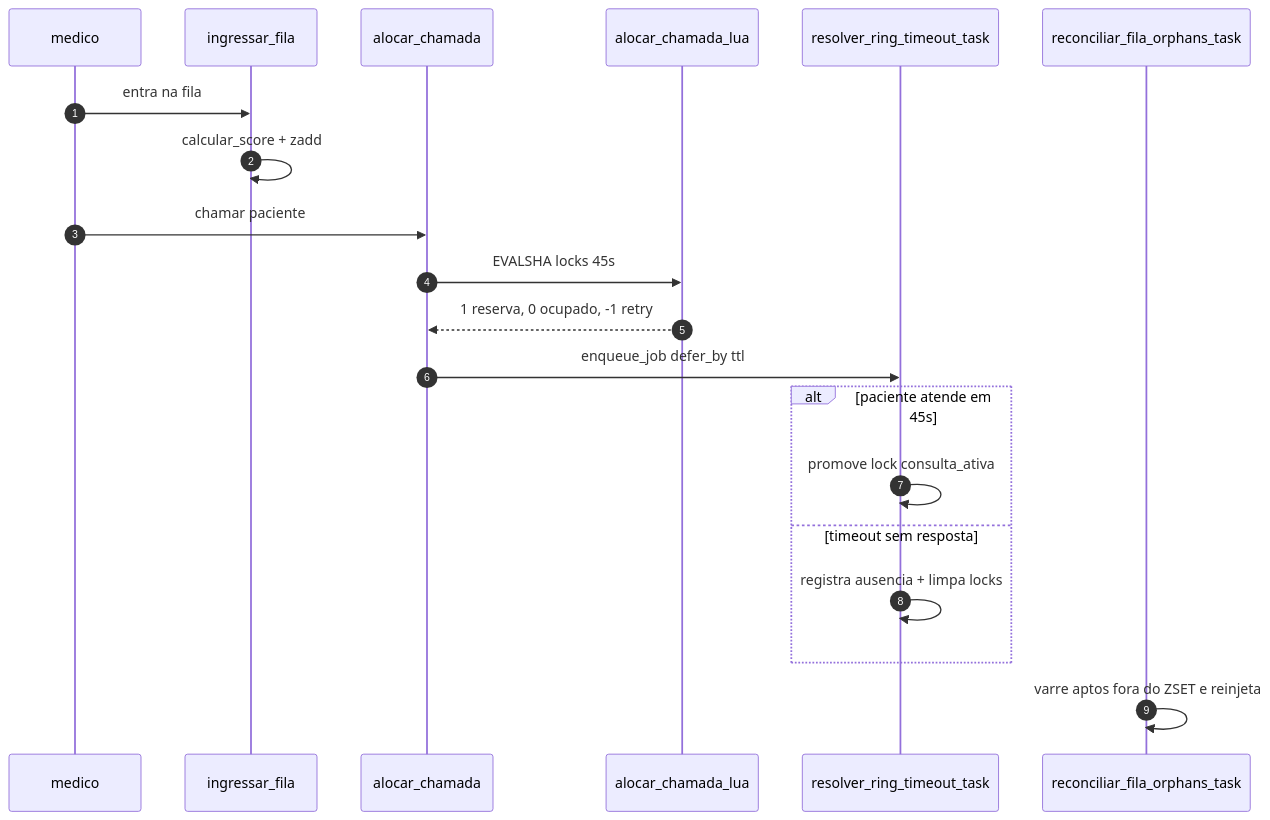
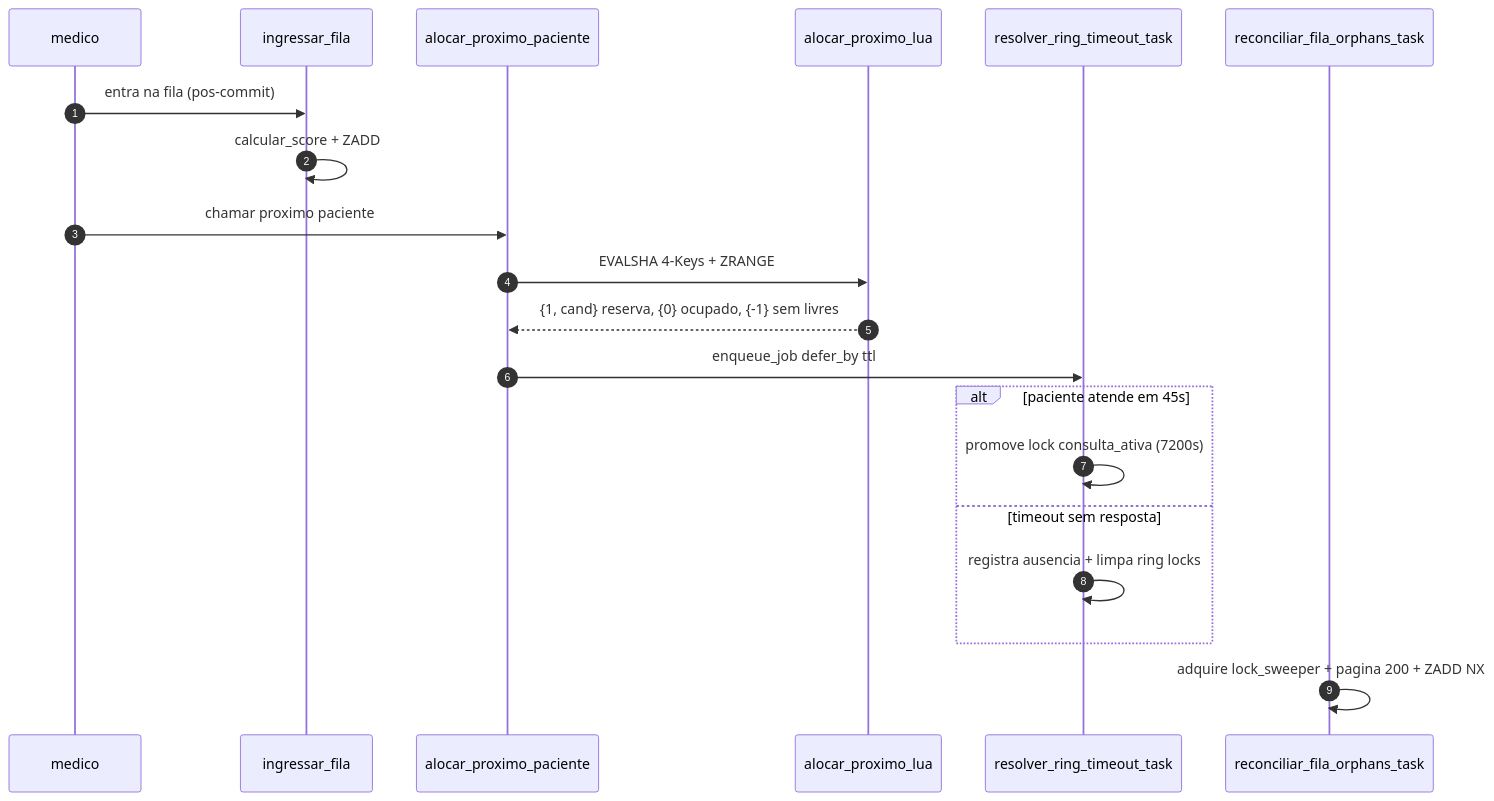
One commit to Rafaelp122/medisync changed the diagram in docs/explanation/concepts/queue-lua-arq.md. Above: the diagram before and after it, drawn with Mermaid. The commit also changed other lines of this file and 130 other files, not shown here.

First line of the commit message:
fix(triage,queue,worker): unificar Red Flags SAMU, extrair ValkeyQueueEngine Lua 4-Keys e blindar Sweeper ARQ

````diff
--- a/docs/explanation/concepts/queue-lua-arq.md
+++ b/docs/explanation/concepts/queue-lua-arq.md
@@ -181,22 +185,22 @@
 ```mermaid
 sequenceDiagram
     autonumber
     participant M as medico
     participant F as ingressar_fila
-    participant A as alocar_chamada
-    participant L as alocar_chamada_lua
+    participant A as alocar_proximo_paciente
+    participant L as alocar_proximo_lua
     participant R as resolver_ring_timeout_task
     participant S as reconciliar_fila_orphans_task
-    M->>F: entra na fila
-    F->>F: calcular_score + zadd
-    M->>A: chamar paciente
-    A->>L: EVALSHA locks 45s
-    L-->>A: 1 reserva, 0 ocupado, -1 retry
+    M->>F: entra na fila (pos-commit)
+    F->>F: calcular_score + ZADD
+    M->>A: chamar proximo paciente
+    A->>L: EVALSHA 4-Keys + ZRANGE
+    L-->>A: {1, cand} reserva, {0} ocupado, {-1} sem livres
     A->>R: enqueue_job defer_by ttl
     alt paciente atende em 45s
-        R->>R: promove lock consulta_ativa
+        R->>R: promove lock consulta_ativa (7200s)
     else timeout sem resposta
-        R->>R: registra ausencia + limpa locks
+        R->>R: registra ausencia + limpa ring locks
     end
-    S->>S: varre aptos fora do ZSET e reinjeta
+    S->>S: adquire lock_sweeper + pagina 200 + ZADD NX
 ```
````
